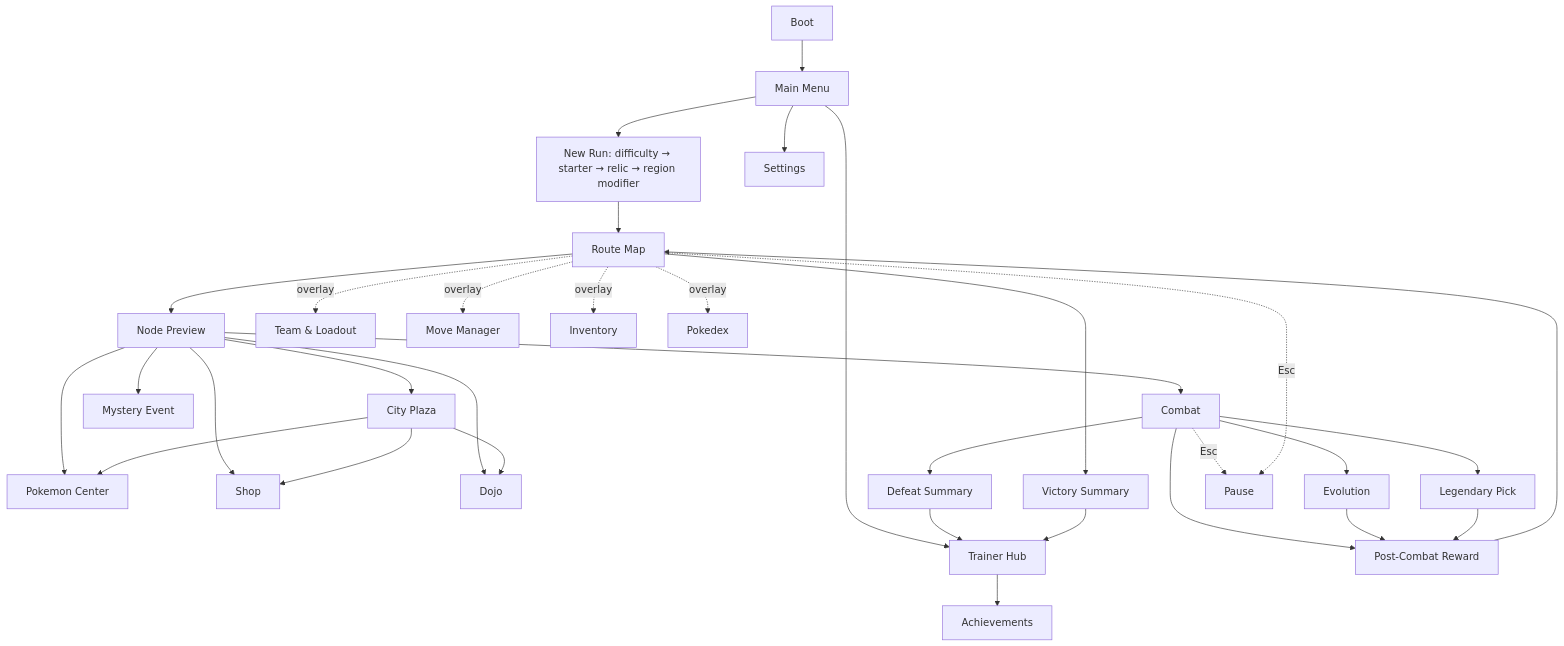
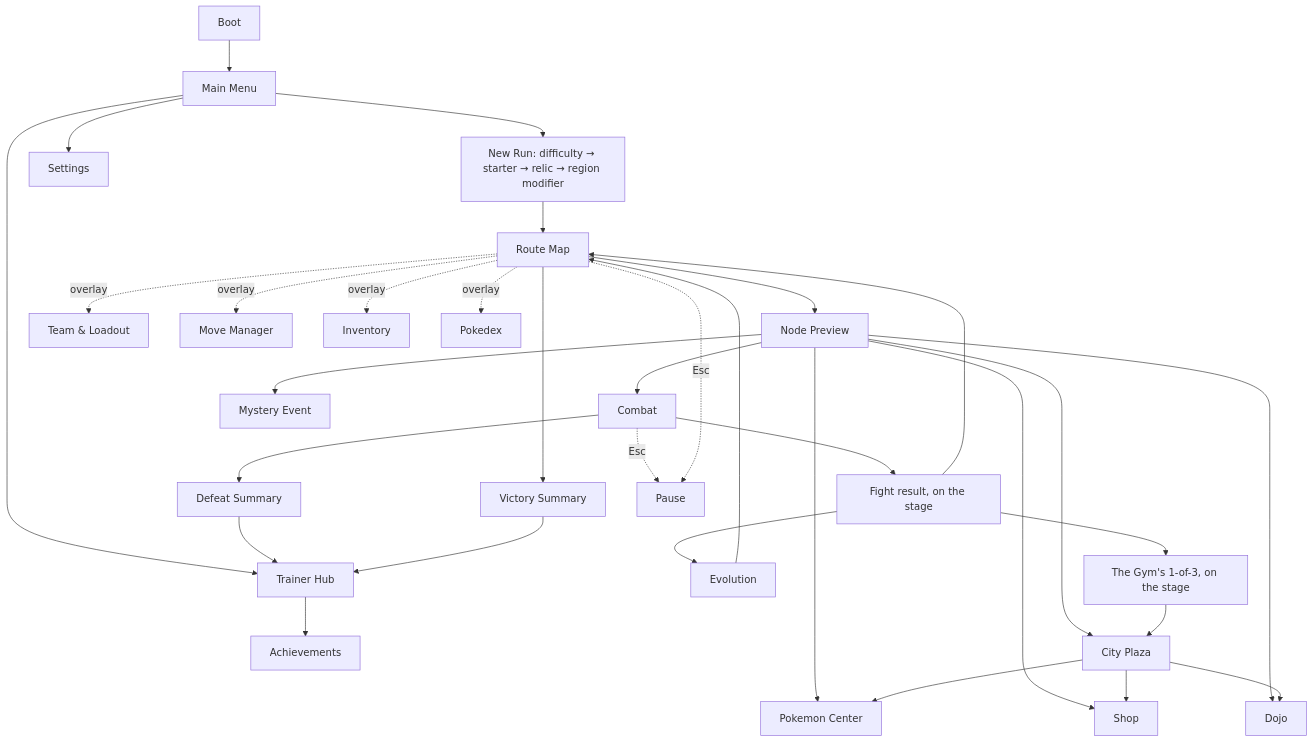
One commit to Montuuh/Pokemon-Ascendant changed the diagram in docs/design/09-presentation.md. Above: the diagram before and after it, drawn with Mermaid. The commit also changed other lines of this file and 60 other files, not shown here.

````diff
--- a/docs/design/09-presentation.md
+++ b/docs/design/09-presentation.md
@@ -731,29 +759,29 @@
 ```mermaid
 flowchart TD
   Boot[Boot] --> Main[Main Menu]
   Main --> NewRun[New Run: difficulty → starter → relic → region modifier]
   Main --> Hub[Trainer Hub] --> Ach[Achievements]
   Main --> Settings
   NewRun --> Map[Route Map]
   Map --> NP[Node Preview]
   NP --> Combat
   NP --> Center[Pokemon Center]
   NP --> Shop
   NP --> Dojo
   NP --> Mystery[Mystery Event]
   NP --> City[City Plaza]
   City --> Center
   City --> Shop
   City --> Dojo
-  Combat --> Reward[Post-Combat Reward] --> Map
-  Combat --> Evo[Evolution] --> Reward
-  Combat --> Legendary[Legendary Pick] --> Reward
+  Combat --> Result[Fight result, on the stage] --> Map
+  Result --> Evo[Evolution] --> Map
+  Result --> Pick[The Gym's 1-of-3, on the stage] --> City
   Combat --> Defeat[Defeat Summary] --> Hub
   Map --> Victory[Victory Summary] --> Hub
   Map -.overlay.-> Team[Team & Loadout]
   Map -.overlay.-> Moves[Move Manager]
   Map -.overlay.-> Inv[Inventory]
   Map -.overlay.-> Dex[Pokedex]
   Combat -.Esc.-> Pause
   Map -.Esc.-> Pause
 ```
````
